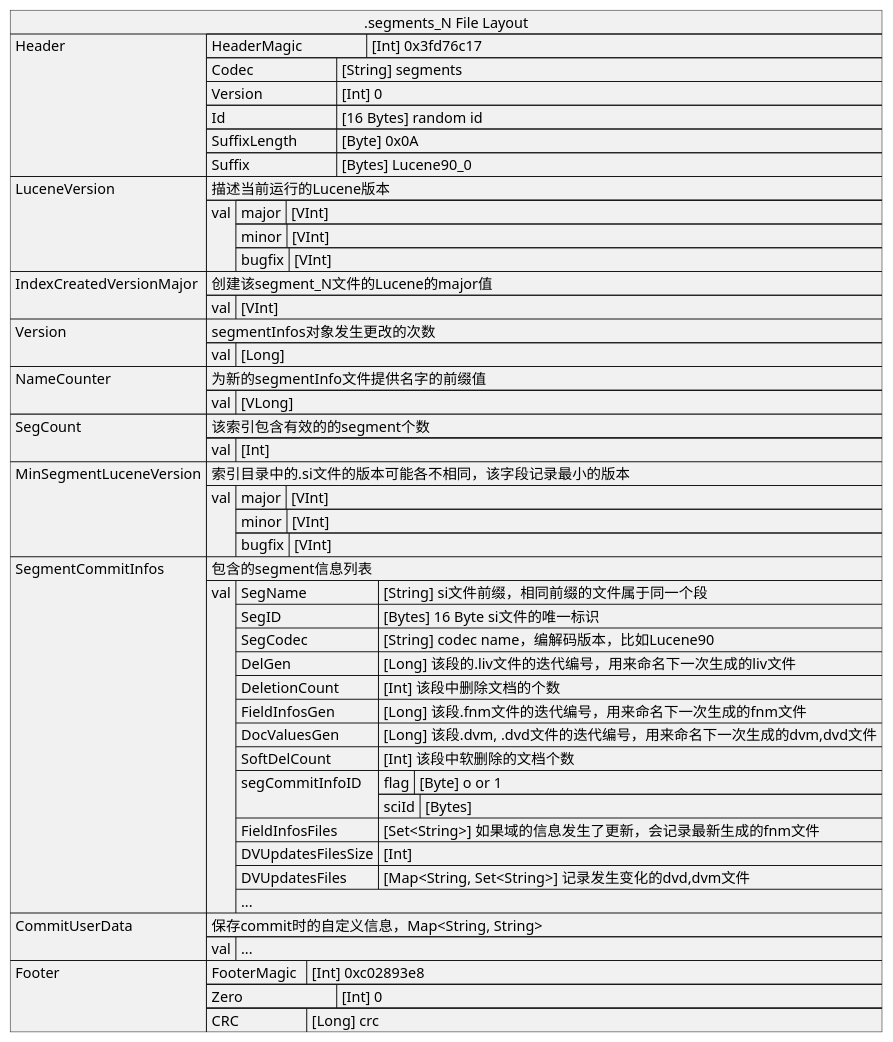
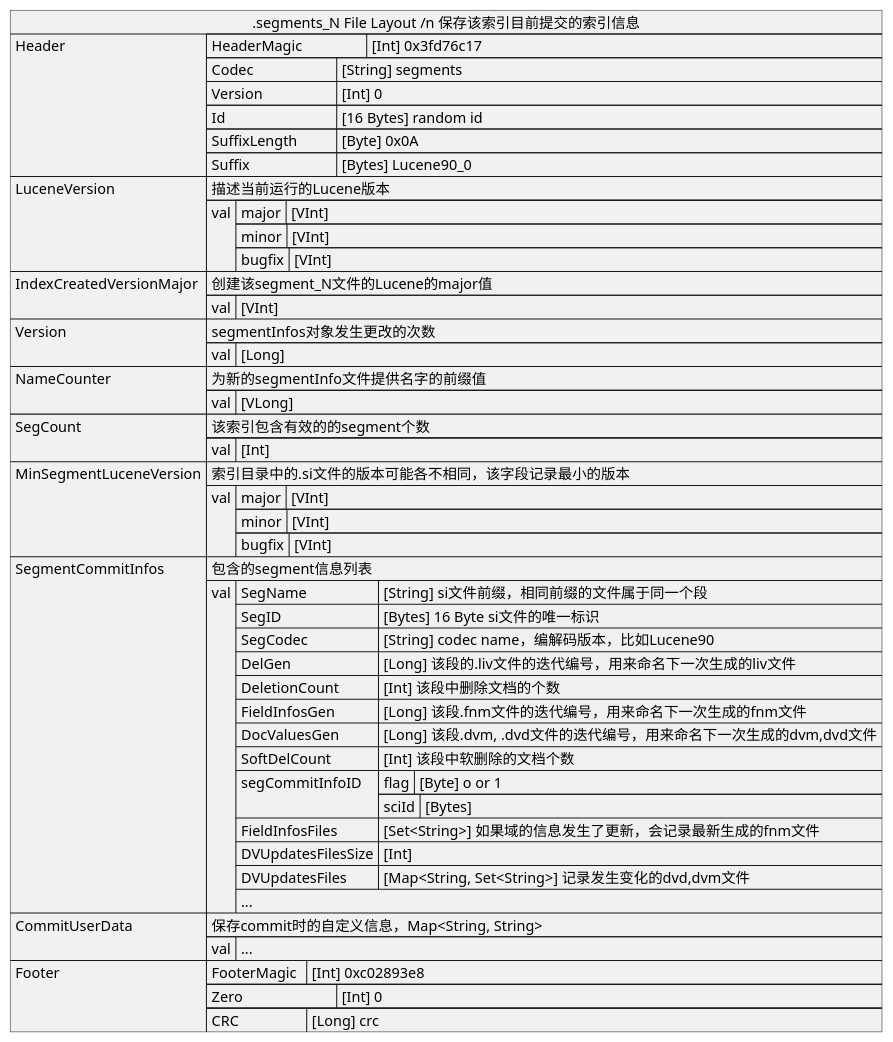
Before and after one commit to big-peter/lucene: the diagram in uml/fileLayout/50.segments_N.puml, drawn with PlantUML. The commit also changed 7 other files, not shown here.

Commit message:
add uml desc

```diff
--- a/uml/fileLayout/50.segments_N.puml
+++ b/uml/fileLayout/50.segments_N.puml
@@ -5,86 +5,86 @@
 @startuml
-json ".segments_N File Layout" as J {
+json ".segments_N File Layout /n 保存该索引目前提交的索引信息" as J {
     "Header":[
        {"HeaderMagic\t\t": "[Int] 0x3fd76c17"},
        {"Codec\t\t\t": "[String] segments"},
        {"Version\t\t\t": "[Int] 0"},
        {"Id\t\t\t\t": "[16 Bytes] random id"},
        {"SuffixLength\t\t": "[Byte] 0x0A"},
        {"Suffix\t\t\t": "[Bytes] Lucene90_0"}
     ],
     "LuceneVersion":[
         "描述当前运行的Lucene版本",
         {"val": [
             {"major": "[VInt]"},
             {"minor": "[VInt]"},
             {"bugfix": "[VInt]"}
         ]}
     ],
     "IndexCreatedVersionMajor":[
         "创建该segment_N文件的Lucene的major值",
         {"val": [
             "[VInt]"
         ]}
     ],
     "Version":[
         "segmentInfos对象发生更改的次数",
         {"val": [
             "[Long]"
         ]}
     ],
     "NameCounter":[
         "为新的segmentInfo文件提供名字的前缀值",
         {"val": [
             "[VLong]"
         ]}
     ],
     "SegCount":[
         "该索引包含有效的的segment个数",
         {"val": [
             "[Int]"
         ]}
     ],
     "MinSegmentLuceneVersion":[
         "索引目录中的.si文件的版本可能各不相同，该字段记录最小的版本",
         {"val": [
             {"major": "[VInt]"},
             {"minor": "[VInt]"},
             {"bugfix": "[VInt]"}
         ]}
     ],
     "SegmentCommitInfos":[
         "包含的segment信息列表",
         {"val": [
             {
                 "SegName": "[String] si文件前缀，相同前缀的文件属于同一个段",
                 "SegID": "[Bytes] 16 Byte si文件的唯一标识",
                 "SegCodec": "[String] codec name，编解码版本，比如Lucene90",
                 "DelGen": "[Long] 该段的.liv文件的迭代编号，用来命名下一次生成的liv文件",
                 "DeletionCount": "[Int] 该段中删除文档的个数",
                 "FieldInfosGen": "[Long] 该段.fnm文件的迭代编号，用来命名下一次生成的fnm文件",
                 "DocValuesGen": "[Long] 该段.dvm, .dvd文件的迭代编号，用来命名下一次生成的dvm,dvd文件",
                 "SoftDelCount": "[Int] 该段中软删除的文档个数",
                 "segCommitInfoID": [
                     {"flag": "[Byte] o or 1"},
                     {"sciId": "[Bytes]"}
                 ],
                 "FieldInfosFiles": "[Set<String>] 如果域的信息发生了更新，会记录最新生成的fnm文件",
                 "DVUpdatesFilesSize": "[Int]",
                 "DVUpdatesFiles": "[Map<String, Set<String>] 记录发生变化的dvd,dvm文件"
             },
             "..."
         ]}
     ],
     "CommitUserData":[
         "保存commit时的自定义信息，Map<String, String>",
         {"val": [
             "..."
         ]}
     ],
     "Footer":[
        {"FooterMagic\t": "[Int] 0xc02893e8"},
        {"Zero\t\t\t": "[Int] 0"},
        {"CRC\t\t\t": "[Long] crc"}
     ]
 }
 @enduml
```
